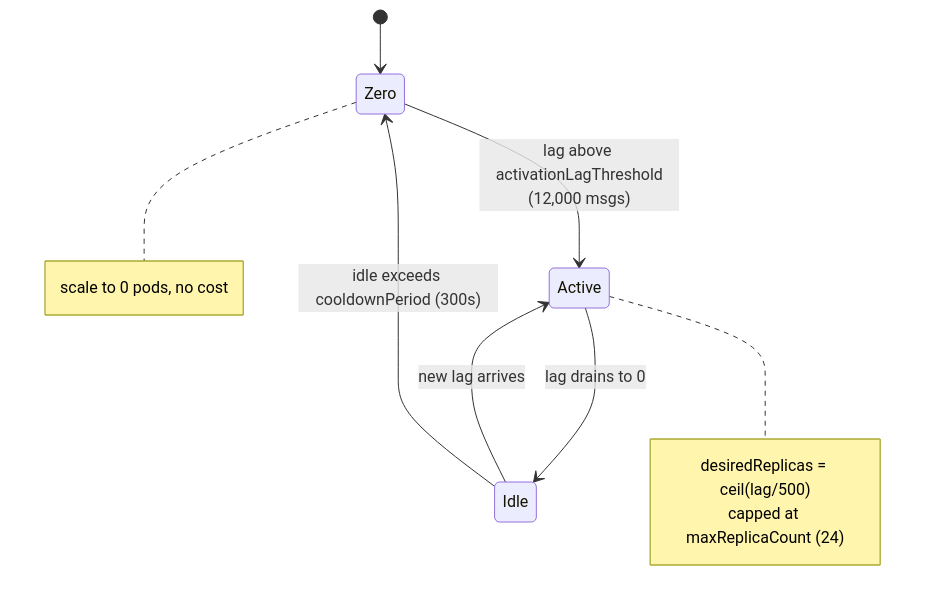
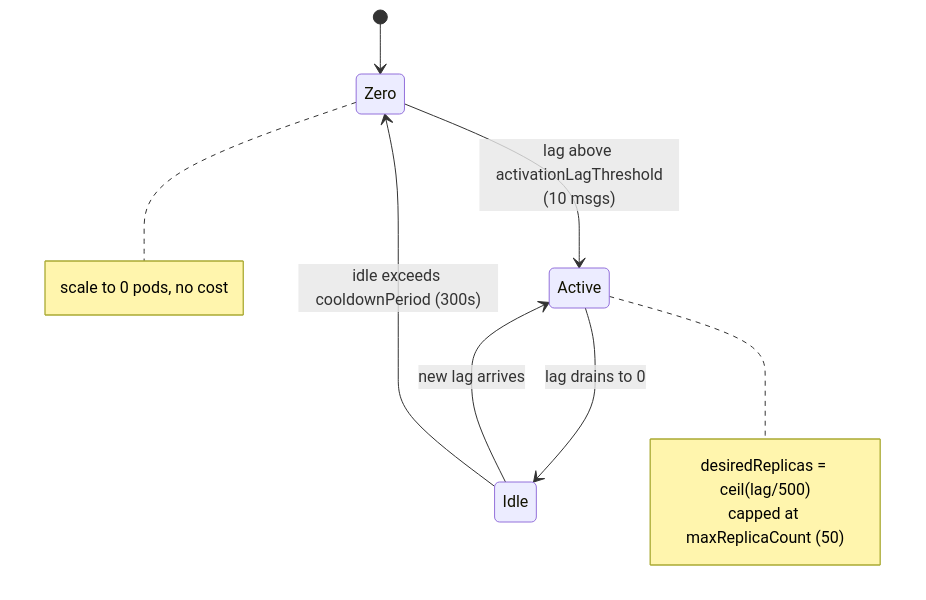
The sixth of 13 diagrams in src/main/java/com/rutik/systemdesign/devops/case_studies/design_autoscaling_platform.md (rppol/system-design), drawn with Mermaid before and after one commit. The commit also changed other lines of this file and 2 other files, not shown here.

````diff
--- a/src/main/java/com/rutik/systemdesign/devops/case_studies/design_autoscaling_platform.md
+++ b/src/main/java/com/rutik/systemdesign/devops/case_studies/design_autoscaling_platform.md
@@ -418,10 +418,10 @@
 ```mermaid
 stateDiagram-v2
     [*] --> Zero
-    Zero --> Active: lag above activationLagThreshold<br/>(12,000 msgs)
+    Zero --> Active: lag above activationLagThreshold<br/>(10 msgs)
     Active --> Idle: lag drains to 0
     Idle --> Active: new lag arrives
     Idle --> Zero: idle exceeds cooldownPeriod (300s)
     note right of Zero: scale to 0 pods, no cost
-    note right of Active: desiredReplicas = ceil(lag/500)<br/>capped at maxReplicaCount (24)
+    note right of Active: desiredReplicas = ceil(lag/500)<br/>capped at maxReplicaCount (50)
 ```
````
